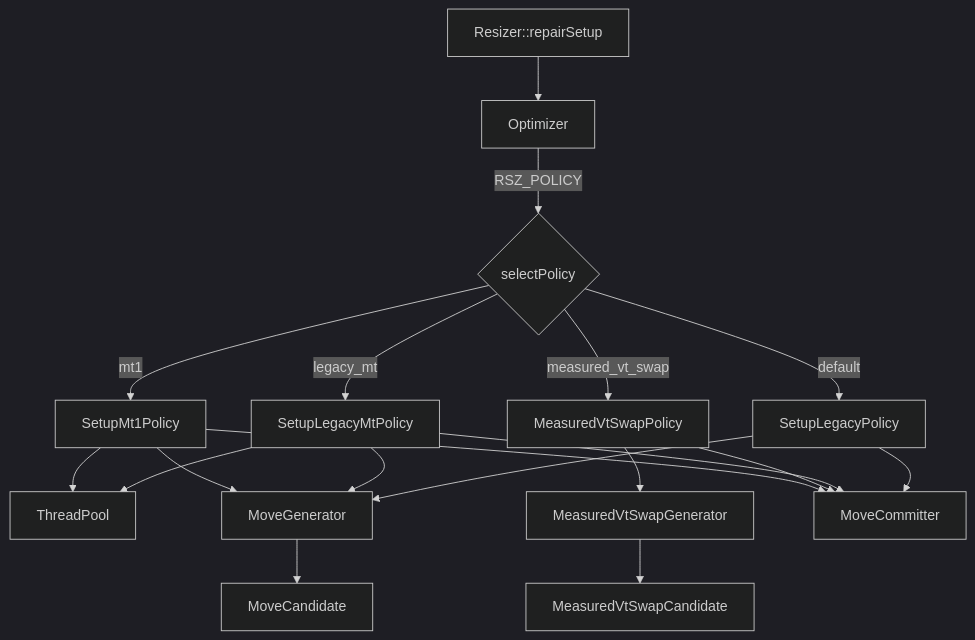
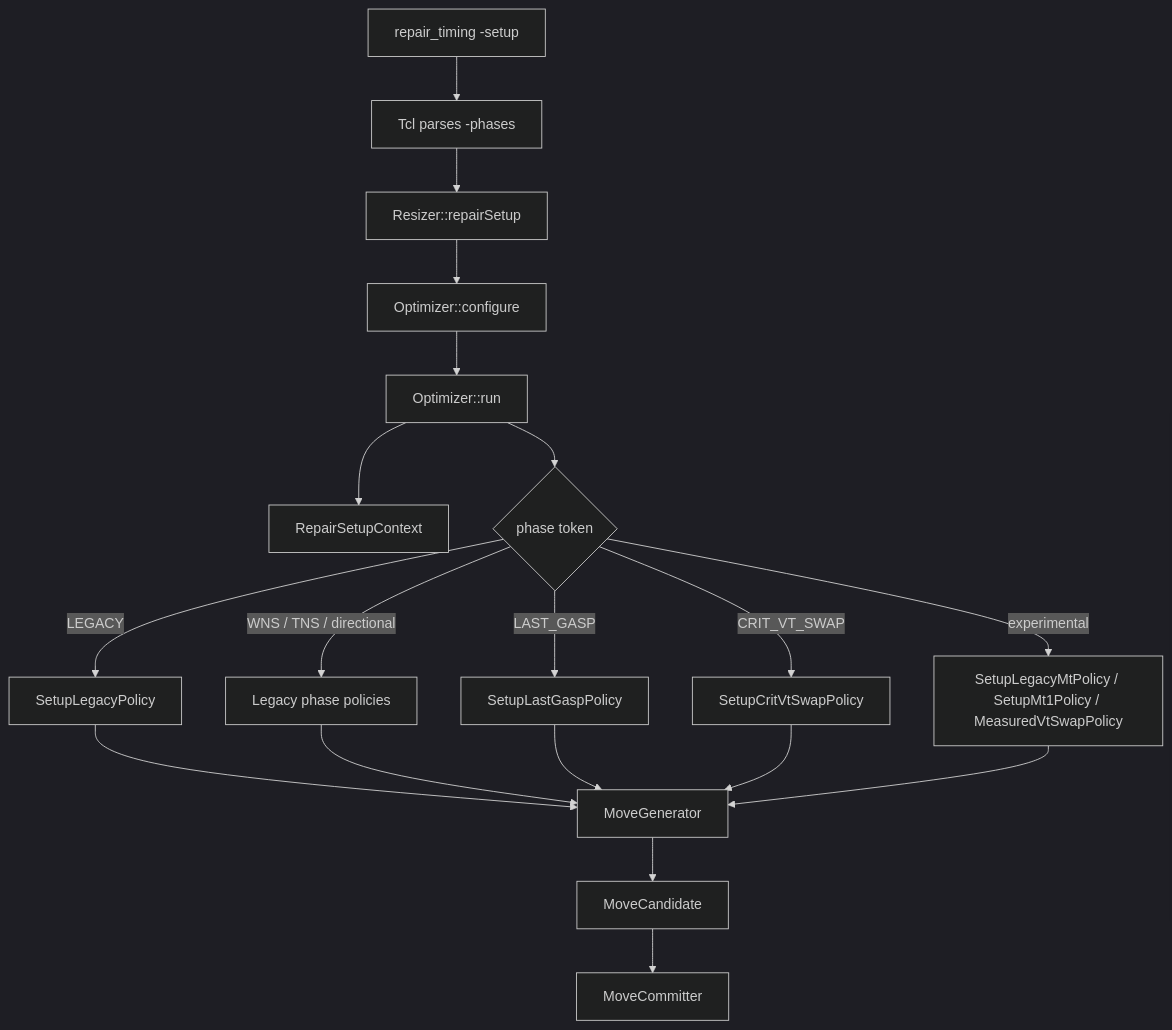
One commit to The-OpenROAD-Project/OpenROAD changed the first of 2 diagrams in src/rsz/doc/architecture.md. Above: the diagram before and after it, drawn with Mermaid (dark theme). The commit also changed other lines of this file, not shown here.

First line of the commit message:
doc: Update resizer architecture documentation

````diff
--- a/src/rsz/doc/architecture.md
+++ b/src/rsz/doc/architecture.md
@@ -96,21 +110,21 @@
 ```mermaid
 flowchart TD
-    A[Resizer::repairSetup] --> B[Optimizer]
-    B -->|RSZ_POLICY| C{selectPolicy}
-    C -->|default| D[SetupLegacyPolicy]
-    C -->|legacy_mt| E[SetupLegacyMtPolicy]
-    C -->|measured_vt_swap| F[MeasuredVtSwapPolicy]
-    C -->|mt1| G[SetupMt1Policy]
-    E --> L[ThreadPool]
-    G --> L
-    D --> H[MoveGenerator]
-    E --> H
-    F --> H2[MeasuredVtSwapGenerator]
-    G --> H
-    H --> I[MoveCandidate]
-    H2 --> I2[MeasuredVtSwapCandidate]
-    D --> J[MoveCommitter]
-    E --> J
-    F --> J
-    G --> J
+    A[repair_timing -setup] --> B[Tcl parses -phases]
+    B --> C[Resizer::repairSetup]
+    C --> D[Optimizer::configure]
+    D --> E[Optimizer::run]
+    E --> F[RepairSetupContext]
+    E --> G{phase token}
+    G -->|LEGACY| H[SetupLegacyPolicy]
+    G -->|WNS / TNS / directional| I[Legacy phase policies]
+    G -->|LAST_GASP| J[SetupLastGaspPolicy]
+    G -->|CRIT_VT_SWAP| K[SetupCritVtSwapPolicy]
+    G -->|experimental| L[SetupLegacyMtPolicy / SetupMt1Policy / MeasuredVtSwapPolicy]
+    H --> M[MoveGenerator]
+    I --> M
+    J --> M
+    K --> M
+    L --> M
+    M --> N[MoveCandidate]
+    N --> O[MoveCommitter]
 ```
````
